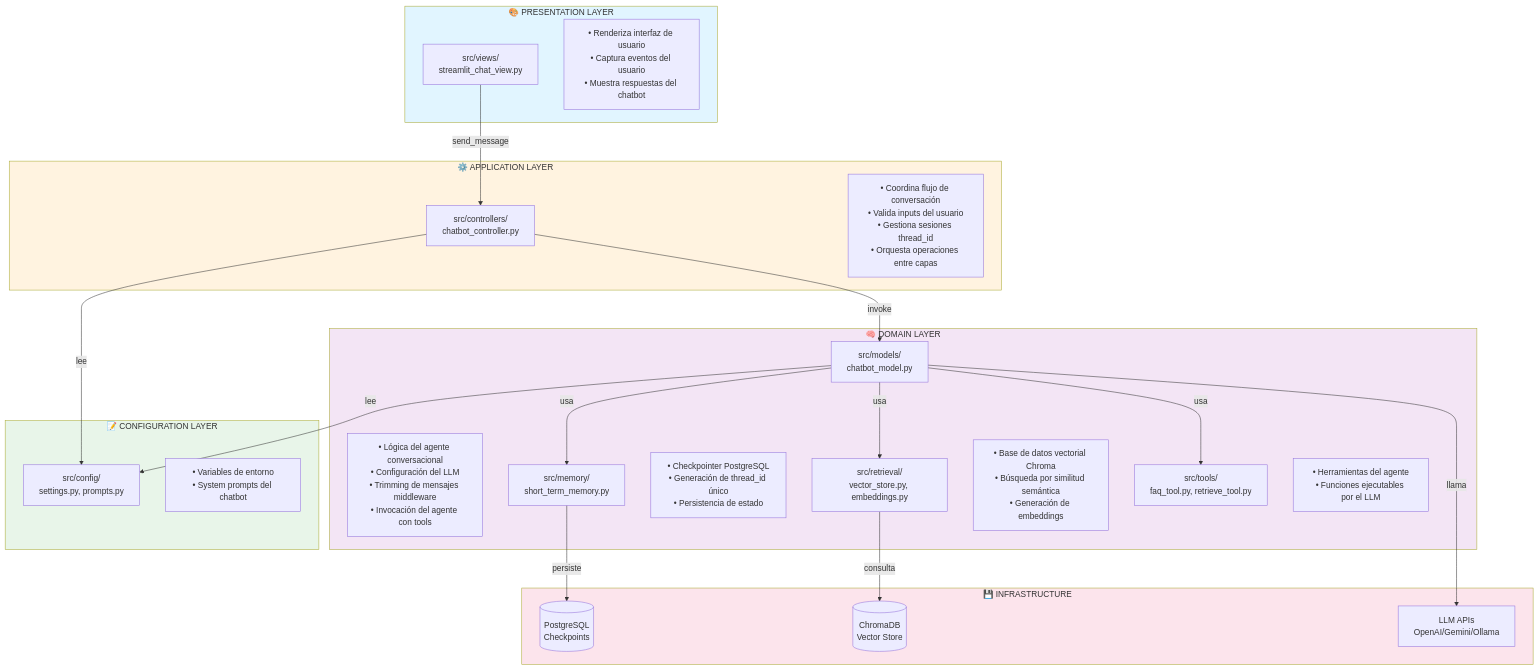
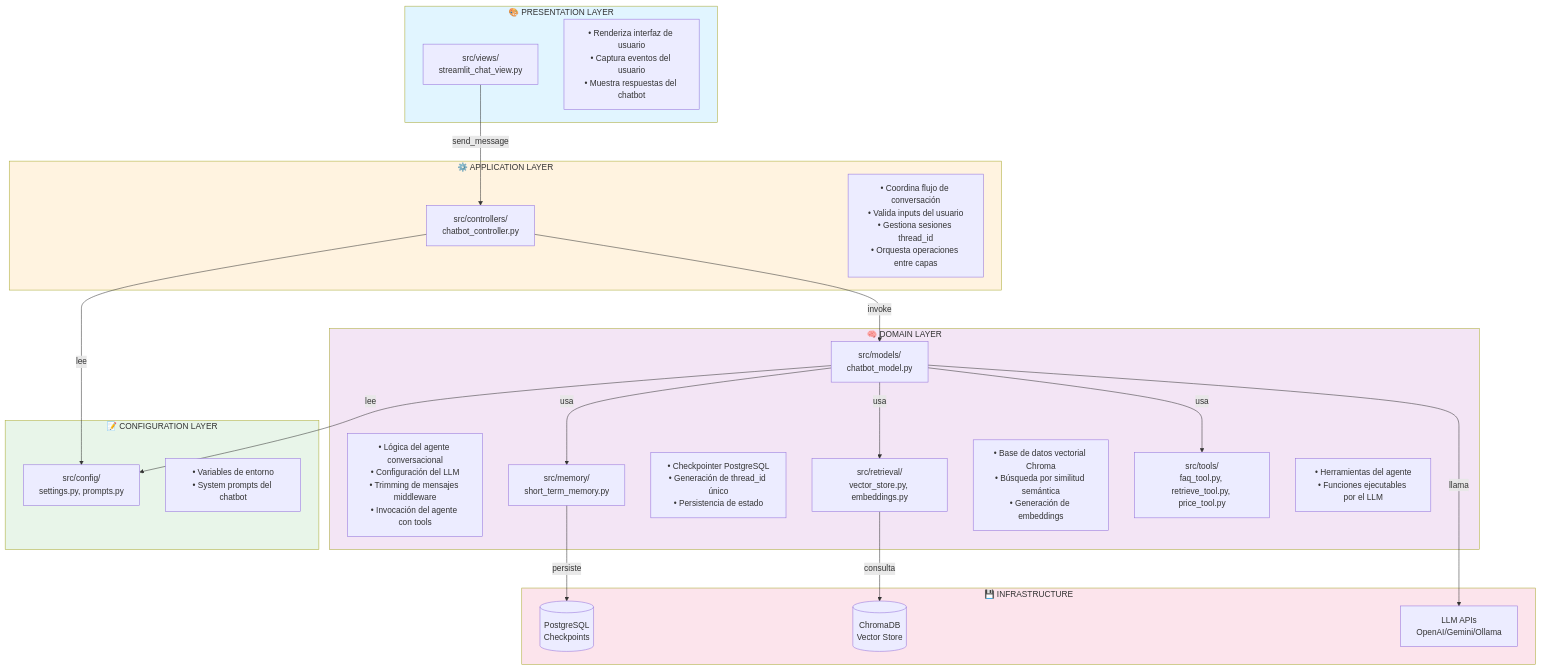
The diagram in README.md (SorenAcevedo/tecnicas_avanzadas_llm), drawn with Mermaid before and after one commit. The commit also changed other lines of this file and 5 other files, not shown here.

First line of the commit message:
feat: Add price processing script and tools for Colgate and Palmolive products

````diff
--- a/README.md
+++ b/README.md
@@ -44,54 +44,54 @@
 ```mermaid
 graph TB
     subgraph PRESENTATION["🎨 PRESENTATION LAYER"]
         VIEW["src/views/<br/>streamlit_chat_view.py"]
         VIEW_DESC["• Renderiza interfaz de usuario<br/>• Captura eventos del usuario<br/>• Muestra respuestas del chatbot"]
     end
 
     subgraph APPLICATION["⚙️ APPLICATION LAYER"]
         CTRL["src/controllers/<br/>chatbot_controller.py"]
         CTRL_DESC["• Coordina flujo de conversación<br/>• Valida inputs del usuario<br/>• Gestiona sesiones thread_id<br/>• Orquesta operaciones entre capas"]
     end
 
     subgraph DOMAIN["🧠 DOMAIN LAYER"]
         MODEL["src/models/<br/>chatbot_model.py"]
         MODEL_DESC["• Lógica del agente conversacional<br/>• Configuración del LLM<br/>• Trimming de mensajes middleware<br/>• Invocación del agente con tools"]
         
         MEMORY["src/memory/<br/>short_term_memory.py"]
         MEMORY_DESC["• Checkpointer PostgreSQL<br/>• Generación de thread_id único<br/>• Persistencia de estado"]
         
         RETRIEVAL["src/retrieval/<br/>vector_store.py, embeddings.py"]
         RETRIEVAL_DESC["• Base de datos vectorial Chroma<br/>• Búsqueda por similitud semántica<br/>• Generación de embeddings"]
         
-        TOOLS["src/tools/<br/>faq_tool.py, retrieve_tool.py"]
+        TOOLS["src/tools/<br/>faq_tool.py, retrieve_tool.py, price_tool.py"]
         TOOLS_DESC["• Herramientas del agente<br/>• Funciones ejecutables por el LLM"]
     end
 
     subgraph CONFIG["📝 CONFIGURATION LAYER"]
         SETTINGS["src/config/<br/>settings.py, prompts.py"]
         SETTINGS_DESC["• Variables de entorno<br/>• System prompts del chatbot"]
     end
 
     subgraph INFRA["💾 INFRASTRUCTURE"]
         POSTGRES[("PostgreSQL<br/>Checkpoints")]
         CHROMA[("ChromaDB<br/>Vector Store")]
         LLM["LLM APIs<br/>OpenAI/Gemini/Ollama"]
     end
 
     VIEW -->|send_message| CTRL
     CTRL -->|invoke| MODEL
     MODEL -->|usa| MEMORY
     MODEL -->|usa| TOOLS
     MODEL -->|usa| RETRIEVAL
     MEMORY -->|persiste| POSTGRES
     RETRIEVAL -->|consulta| CHROMA
     MODEL -->|llama| LLM
     MODEL -->|lee| SETTINGS
     CTRL -->|lee| SETTINGS
 
     style PRESENTATION fill:#e1f5ff
     style APPLICATION fill:#fff3e0
     style DOMAIN fill:#f3e5f5
     style CONFIG fill:#e8f5e9
     style INFRA fill:#fce4ec
 ```
````
